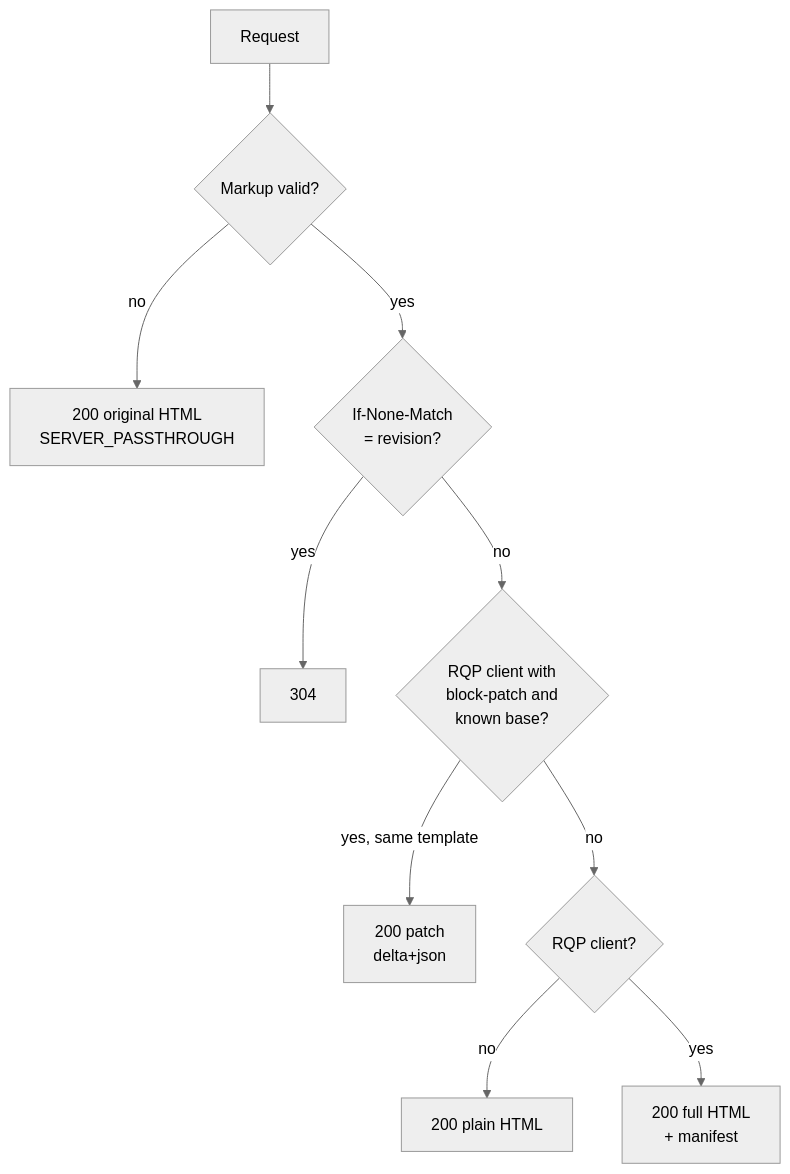
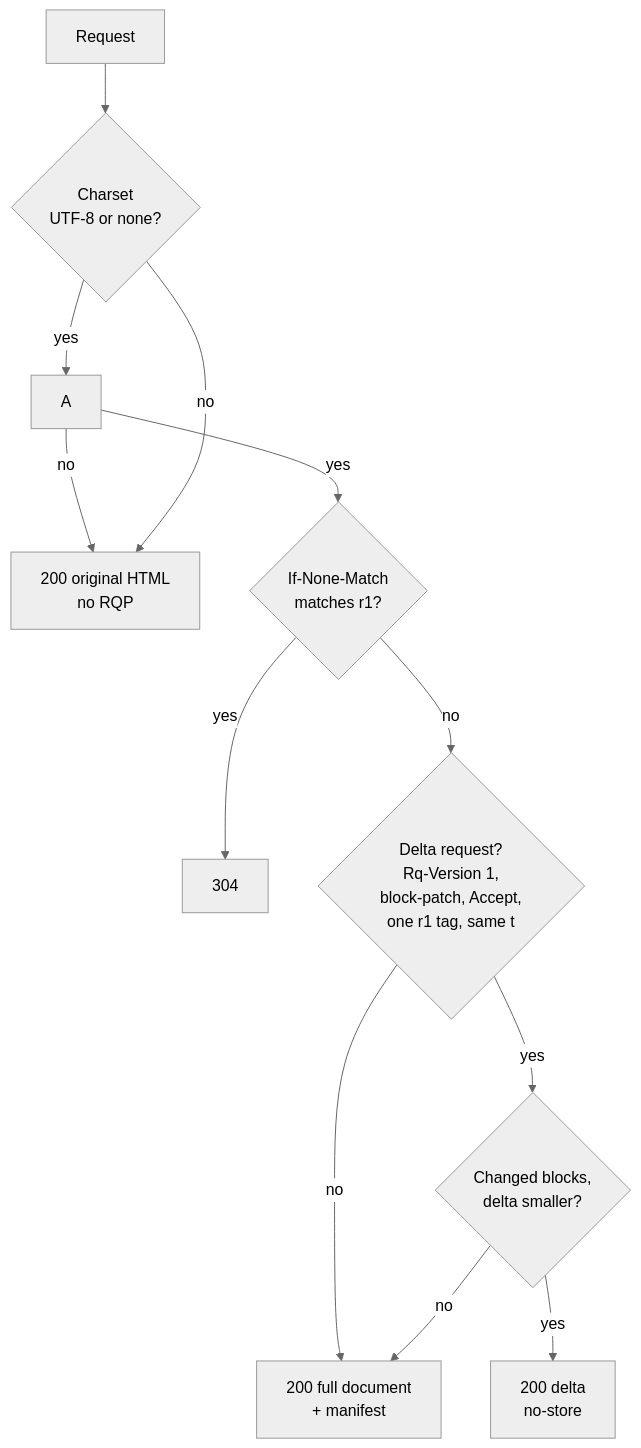
The diagram in docs/guide/examples/server.md (robotoss/rivqen), drawn with Mermaid (neutral theme) before and after one commit. The commit also changed other lines of this file and 2783 other files, not shown here.

````diff
--- a/docs/guide/examples/server.md
+++ b/docs/guide/examples/server.md
@@ -41,12 +46,14 @@
 ```mermaid
 flowchart TD
-  R[Request] --> A{Markup valid?}
-  A -- no --> P[200 original HTML<br/>SERVER_PASSTHROUGH]
-  A -- yes --> N{If-None-Match<br/>= revision?}
+  R[Request] --> C
+  A -- no --> P[200 original HTML<br/>no RQP]
+  C{Charset<br/>UTF-8 or none?} -- no --> P
+  C -- yes --> A
+  A -- yes --> N{If-None-Match<br/>matches r1?}
   N -- yes --> NM[304]
-  N -- no --> Q{RQP client with<br/>block-patch and<br/>known base?}
-  Q -- "yes, same template" --> D[200 patch<br/>delta+json]
-  Q -- no --> C{RQP client?}
-  C -- no --> H[200 plain HTML]
-  C -- yes --> F[200 full HTML<br/>+ manifest]
+  N -- no --> Q{Delta request?<br/>Rq-Version 1,<br/>block-patch, Accept,<br/>one r1 tag, same t}
+  Q -- no --> F[200 full document<br/>+ manifest]
+  Q -- yes --> S{Changed blocks,<br/>delta smaller?}
+  S -- yes --> D[200 delta<br/>no-store]
+  S -- no --> F
 ```
````
